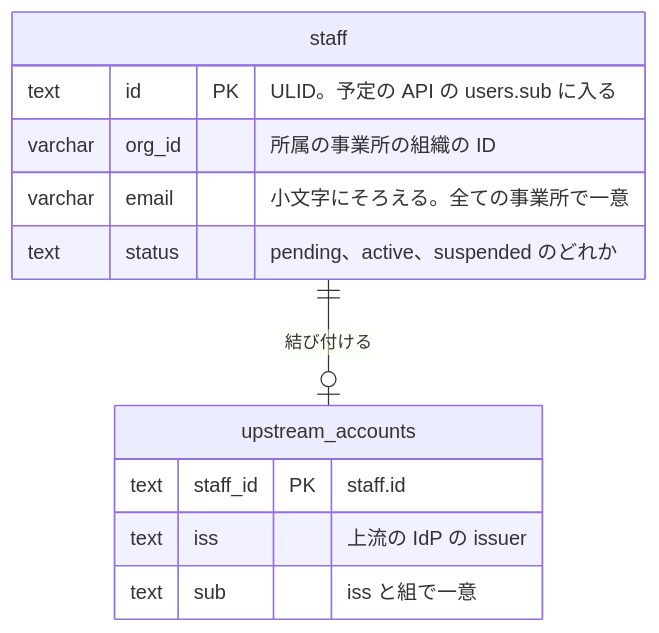
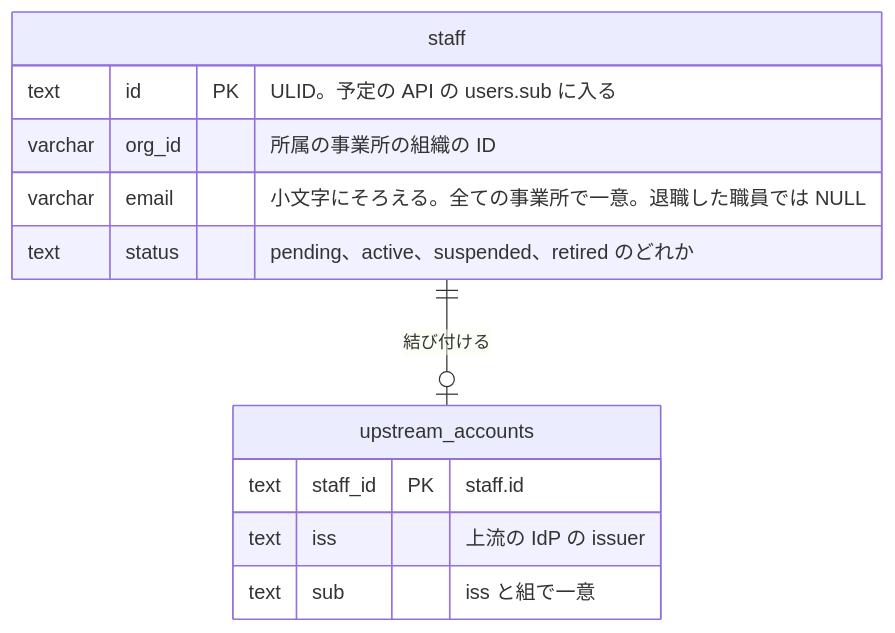
One commit to Fukuemon/buddy changed the second of 6 diagrams in services/broker/DesignDoc.md. Above: the diagram before and after it, drawn with Mermaid. The commit also changed other lines of this file and 16 other files, not shown here.

````diff
--- a/services/broker/DesignDoc.md
+++ b/services/broker/DesignDoc.md
@@ -63,15 +63,15 @@
 ```mermaid
 erDiagram
   staff ||--o| upstream_accounts : "結び付ける"
   staff {
     text id PK "ULID。予定の API の users.sub に入る"
     varchar org_id "所属の事業所の組織の ID"
-    varchar email "小文字にそろえる。全ての事業所で一意"
-    text status "pending、active、suspended のどれか"
+    varchar email "小文字にそろえる。全ての事業所で一意。退職した職員では NULL"
+    text status "pending、active、suspended、retired のどれか"
   }
   upstream_accounts {
     text staff_id PK "staff.id"
     text iss "上流の IdP の issuer"
     text sub "iss と組で一意"
   }
 ```
````
